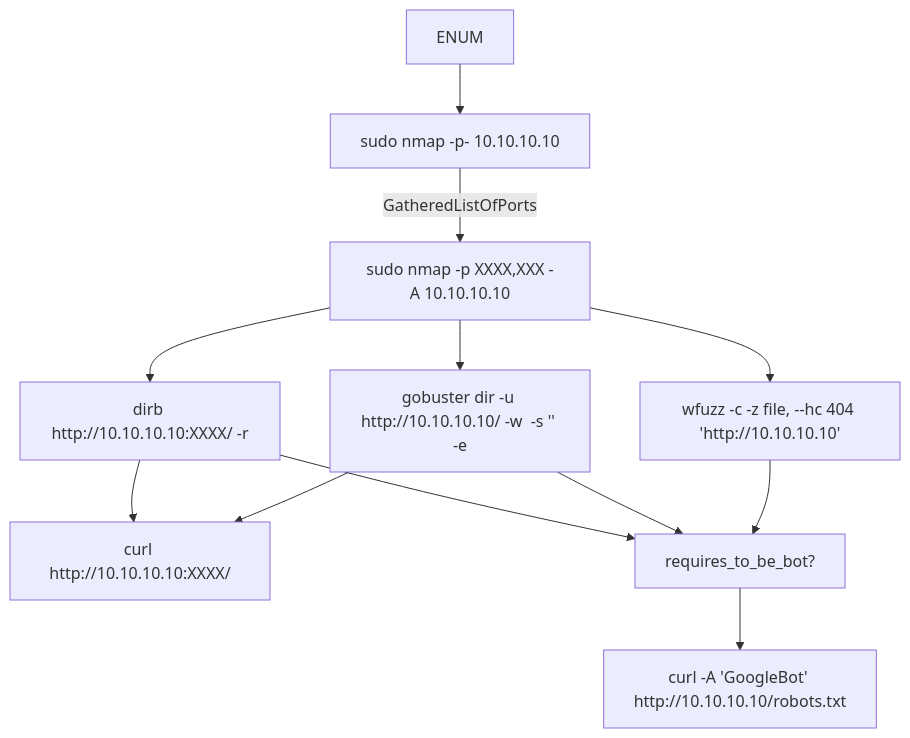
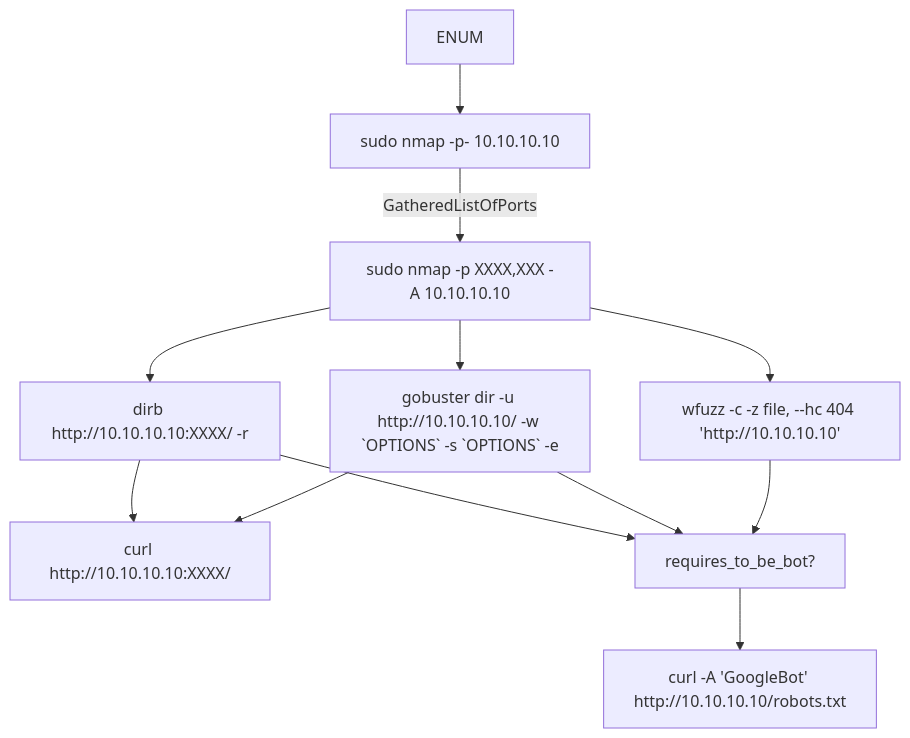
One commit to nullbr41n/nullbrain changed the first of 3 diagrams in wip_enum_mindmap.md. Above: the diagram before and after it, drawn with Mermaid.

````diff
--- a/wip_enum_mindmap.md
+++ b/wip_enum_mindmap.md
@@ -9,16 +9,16 @@
 ```mermaid
 graph TD;
 
 AE[ENUM] --> BE[sudo nmap -p- 10.10.10.10]
 BE -- GatheredListOfPorts --> CE[sudo nmap -p XXXX,XXX -A 10.10.10.10]
 CE --> DEI[dirb http://10.10.10.10:XXXX/ -r]
-CE --> DEII[gobuster dir -u http://10.10.10.10/ -w <OPTIONS> -s '<OPTIONS>' -e]
+CE --> DEII[gobuster dir -u http://10.10.10.10/ -w `OPTIONS` -s `OPTIONS` -e]
 CE --> DEIII[wfuzz -c -z file,<WORDLIST> --hc 404 'http://10.10.10.10']
 DEI --> EE[curl http://10.10.10.10:XXXX/<MEATS>]
 DEI --> DEIQ[requires_to_be_bot?] --> EF[curl -A 'GoogleBot' http://10.10.10.10/robots.txt]
 
 DEII --> EE[curl http://10.10.10.10:XXXX/<MEATS>]
 DEII --> DEIQ[requires_to_be_bot?]
 DEIII --> DEIQ[requires_to_be_bot?]
 
 ```
````
